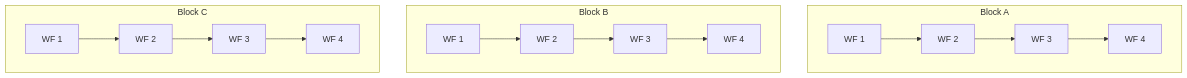
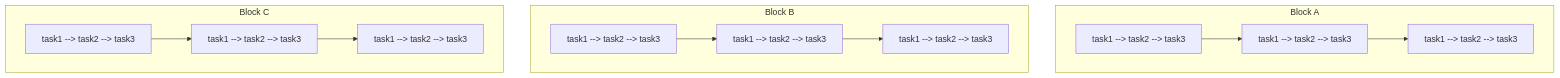
The diagram in docs/composite_workflow.md (radical-cybertools/radical.asyncflow), drawn with Mermaid before and after one commit. The commit also changed other lines of this file, not shown here.

````diff
--- a/docs/composite_workflow.md
+++ b/docs/composite_workflow.md
@@ -7,14 +7,16 @@
 ```mermaid
 graph TD
+
     subgraph Block A
-        A1[WF 1] --> A2[WF 2] --> A3[WF 3] --> A4[WF 4] 
+        A_WF1[task1 --> task2 --> task3] --> A_WF2[task1 --> task2 --> task3] --> A_WF3[task1 --> task2 --> task3] 
     end
 
     subgraph Block B
-        B1[WF 1] --> B2[WF 2] --> B3[WF 3] --> B4[WF 4]
+        B_WF1[task1 --> task2 --> task3] --> B_WF2[task1 --> task2 --> task3] --> B_WF3[task1 --> task2 --> task3] 
     end
 
     subgraph Block C
-        C1[WF 1] --> C2[WF 2] --> C3[WF 3] --> C4[WF 4]
+        C_WF1[task1 --> task2 --> task3] --> C_WF2[task1 --> task2 --> task3] --> C_WF3[task1 --> task2 --> task3] 
     end
+
 ```
````
